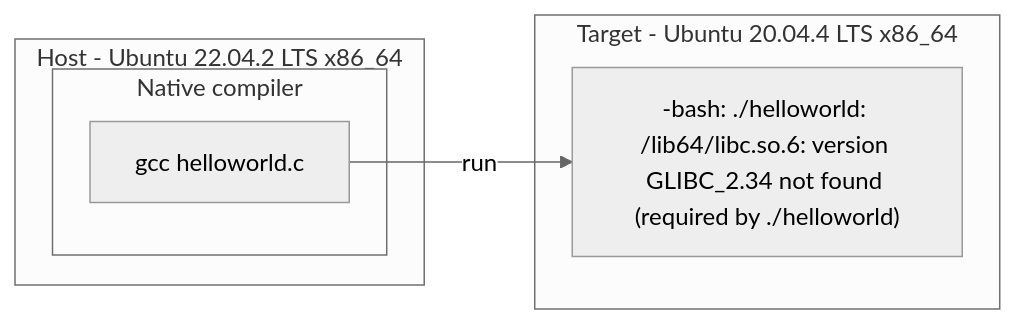
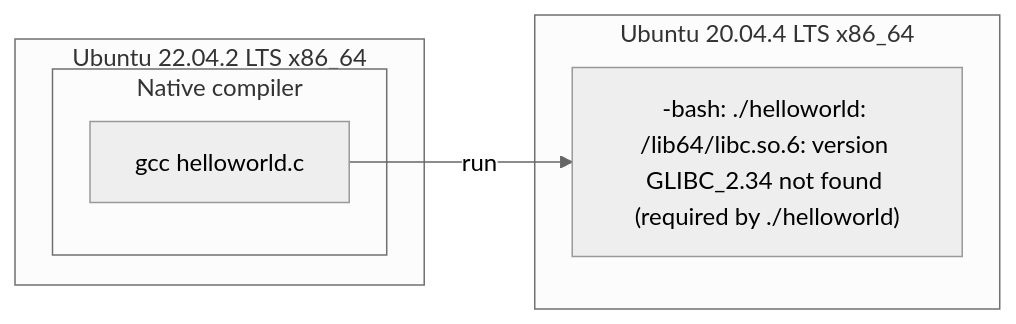
Before and after one commit to lankahsu520/CrossCompilationX: the eighth of 12 diagrams in README.md, drawn with Mermaid (neutral theme). The commit also changed other lines of this file, not shown here.

Commit message:
update README.md, remove "Host - ","Target -"

````diff
--- a/README.md
+++ b/README.md
@@ -355,15 +355,15 @@
 ```mermaid
 flowchart LR
-	subgraph Host[Host - Ubuntu 22.04.2 LTS  x86_64]
+	subgraph Host[Ubuntu 22.04.2 LTS  x86_64]
 		subgraph Native[Native compiler]
 			gcc[gcc helloworld.c]
 		end
 	end
 
-	subgraph Target[Target - Ubuntu 20.04.4 LTS x86_64]
+	subgraph Target[Ubuntu 20.04.4 LTS x86_64]
 		helloworld_run_ubuntu2004["-bash: ./helloworld: /lib64/libc.so.6: version GLIBC_2.34 not found (required by ./helloworld)"]
 	end
 	
 	gcc --> |run|helloworld_run_ubuntu2004
 	
 ```
````
